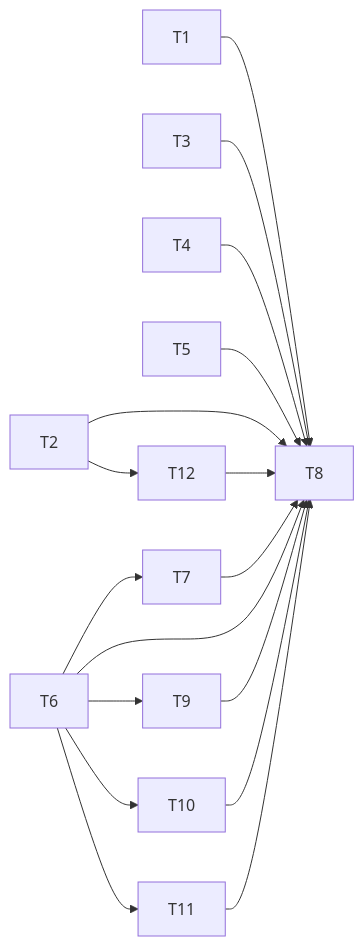
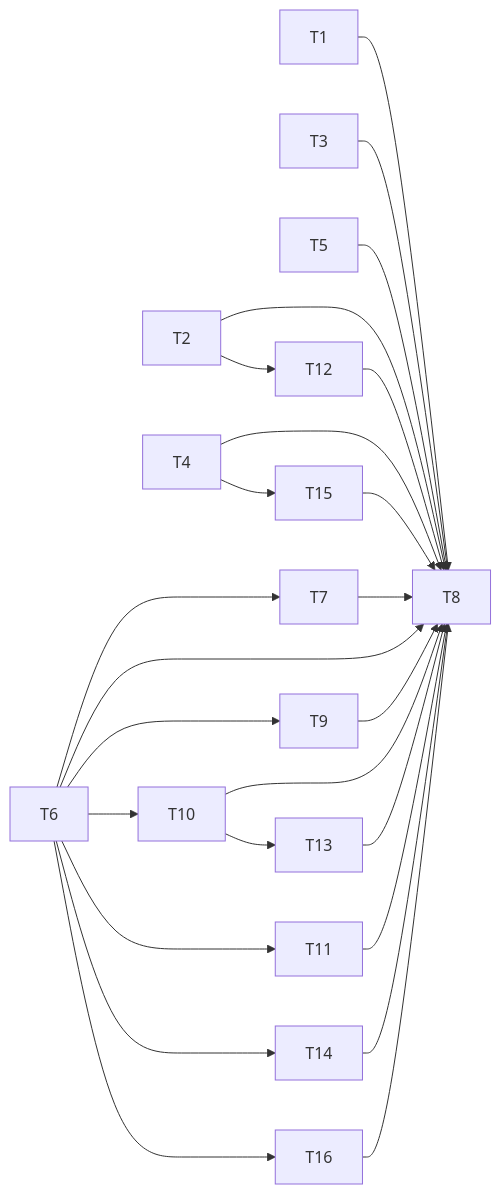
Before and after one commit to OUTLElijiadong/llm-agent-code-review: the diagram in docs/全域AI上下文压缩20260925/TASK_全域AI上下文压缩.md, drawn with Mermaid. The commit also changed other lines of this file and 15 other files, not shown here.

````diff
--- a/docs/全域AI上下文压缩20260925/TASK_全域AI上下文压缩.md
+++ b/docs/全域AI上下文压缩20260925/TASK_全域AI上下文压缩.md
@@ -18,19 +22,27 @@
 ```mermaid
 flowchart LR
   T1 --> T8
   T2 --> T8
   T3 --> T8
   T4 --> T8
   T5 --> T8
   T6 --> T7
   T6 --> T8
   T7 --> T8
   T6 --> T9
   T6 --> T10
   T6 --> T11
   T2 --> T12
   T9 --> T8
   T10 --> T8
   T11 --> T8
   T12 --> T8
+  T10 --> T13
+  T6 --> T14
+  T4 --> T15
+  T6 --> T16
+  T13 --> T8
+  T14 --> T8
+  T15 --> T8
+  T16 --> T8
 ```
````
